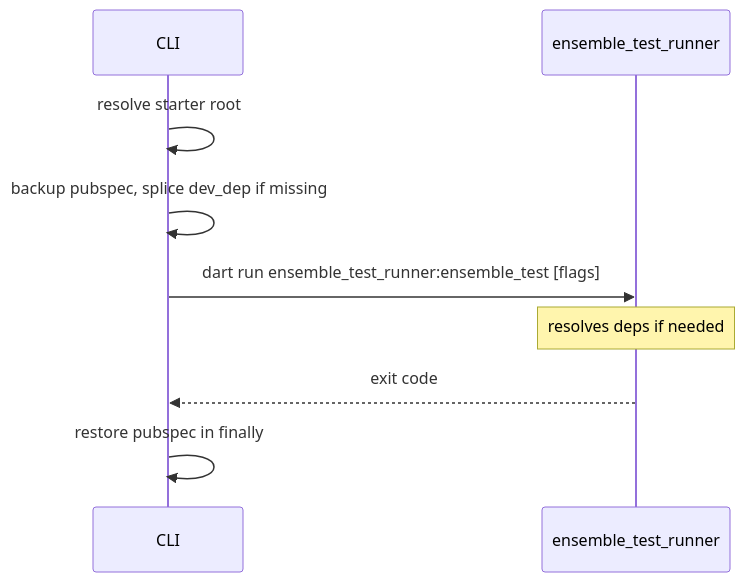
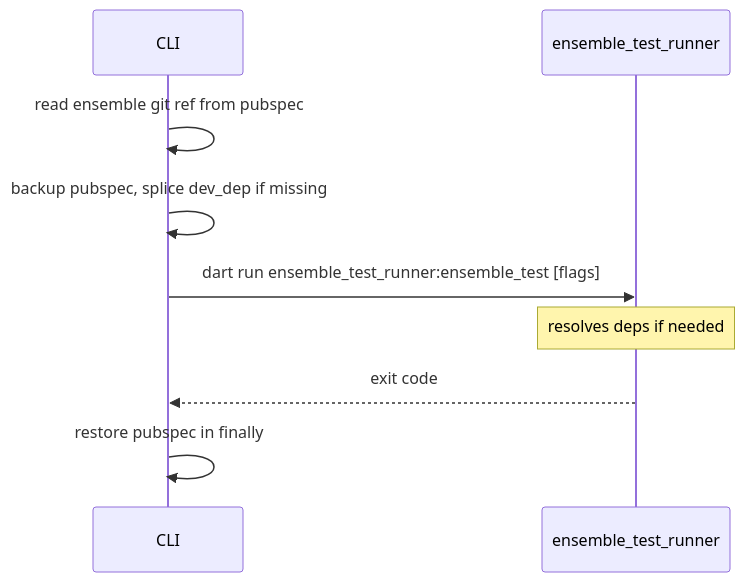
One commit to EnsembleUI/ensemble-cli changed the diagram in docs/ensemble-test.md. Above: the diagram before and after it, drawn with Mermaid. The commit also changed other lines of this file and 16 other files, not shown here.

````diff
--- a/docs/ensemble-test.md
+++ b/docs/ensemble-test.md
@@ -24,12 +24,12 @@
 ```mermaid
 sequenceDiagram
   participant CLI
   participant Runner as ensemble_test_runner
 
-  CLI->>CLI: resolve starter root
+  CLI->>CLI: read ensemble git ref from pubspec
   CLI->>CLI: backup pubspec, splice dev_dep if missing
   CLI->>Runner: dart run ensemble_test_runner:ensemble_test [flags]
   Note over Runner: resolves deps if needed
   Runner-->>CLI: exit code
   CLI->>CLI: restore pubspec in finally
 ```
````
